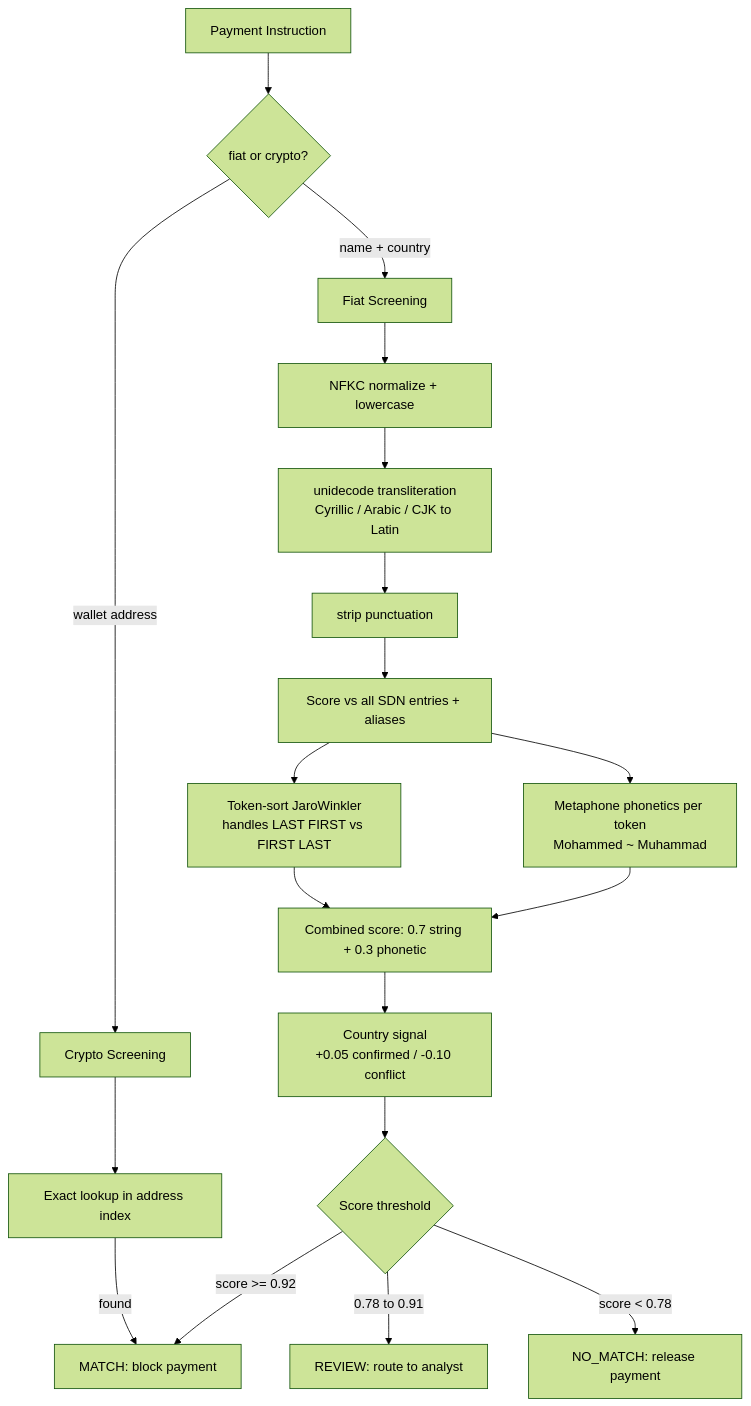
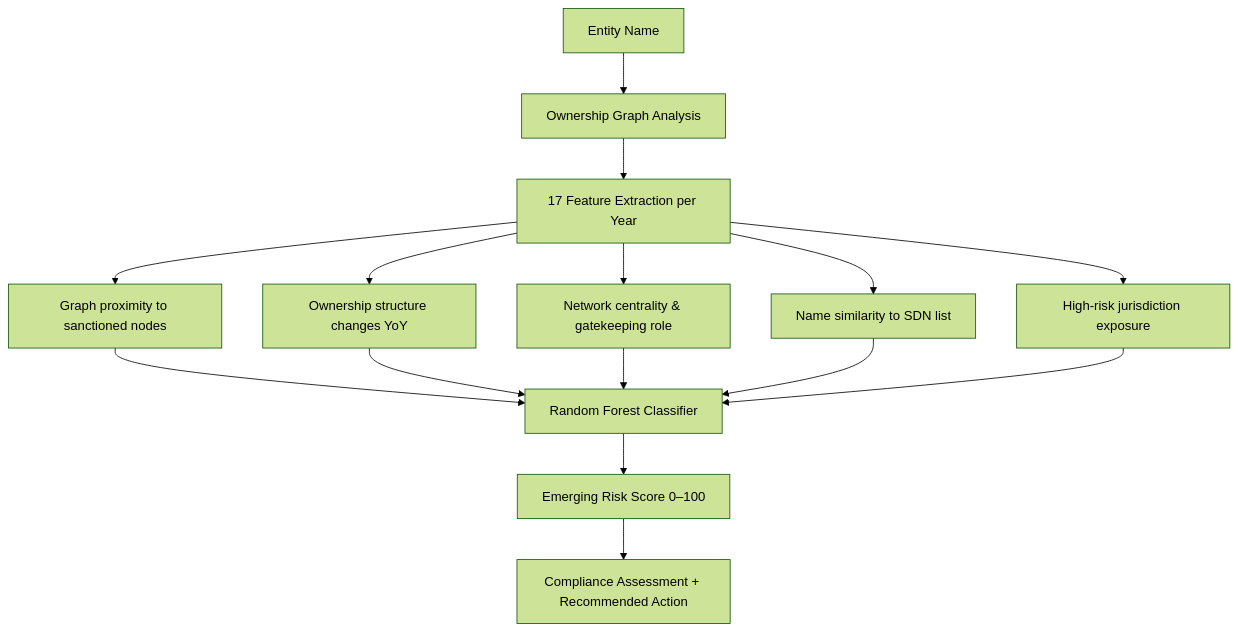
One commit to Stojan-Kole/Garaza-Fintech-Hackaton changed the diagram in README.md. Above: the diagram before and after it, drawn with Mermaid (forest theme). The commit also changed other lines of this file and 6 other files, not shown here.

````diff
--- a/README.md
+++ b/README.md
@@ -8,25 +13,15 @@
 ```mermaid
 flowchart TD
-    A[Payment Instruction] --> B{fiat or crypto?}
+    A[Entity Name] --> B[Ownership Graph Analysis]
+    B --> C[17 Feature Extraction per Year]
 
-    B -->|name + country| FIAT[Fiat Screening]
-    B -->|wallet address| CRYPTO[Crypto Screening]
+    C --> F1[Graph proximity to sanctioned nodes]
+    C --> F2[Ownership structure changes YoY]
+    C --> F3[Network centrality & gatekeeping role]
+    C --> F4[Name similarity to SDN list]
+    C --> F5[High-risk jurisdiction exposure]
 
-    FIAT --> N1[NFKC normalize + lowercase]
-    N1 --> N2[unidecode transliteration\nCyrillic / Arabic / CJK to Latin]
-    N2 --> N3[strip punctuation]
-    N3 --> M[Score vs all SDN entries + aliases]
-
-    M --> M1[Token-sort JaroWinkler\nhandles LAST FIRST vs FIRST LAST]
-    M --> M2[Metaphone phonetics per token\nMohammed ~ Muhammad]
-    M1 & M2 --> S[Combined score: 0.7 string + 0.3 phonetic]
-    S --> CA[Country signal\n+0.05 confirmed / -0.10 conflict]
-
-    CRYPTO --> CL[Exact lookup in address index]
-    CL -->|found| MATCH
-
-    CA --> T{Score threshold}
-    T -->|score >= 0.92| MATCH[MATCH: block payment]
-    T -->|0.78 to 0.91| REVIEW[REVIEW: route to analyst]
-    T -->|score < 0.78| NOMATCH[NO_MATCH: release payment]
+    F1 & F2 & F3 & F4 & F5 --> M[Random Forest Classifier]
+    M --> S[Emerging Risk Score 0–100]
+    S --> R[Compliance Assessment + Recommended Action]
 ```
````
